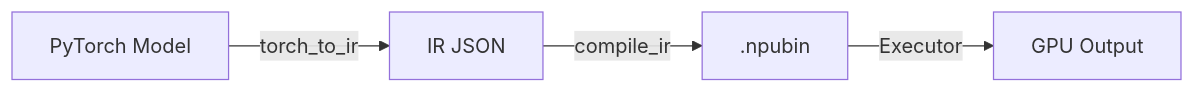
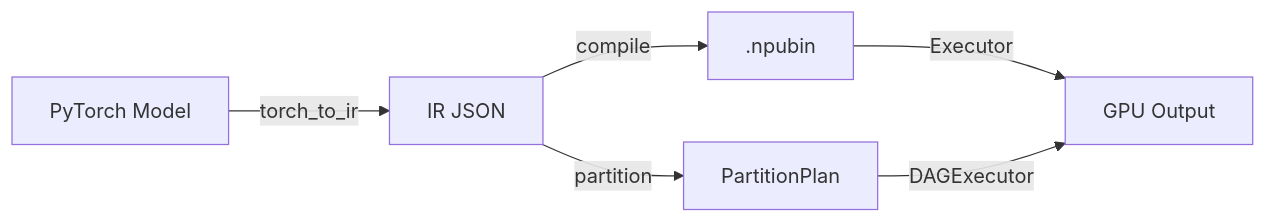
The diagram in docs/usage.md (sweetcocoa/pytorch-apple), drawn with Mermaid before and after one commit. The commit also changed other lines of this file and 15 other files, not shown here.

First line of the commit message:
Update docs for graph partitioning pipeline

````diff
--- a/docs/usage.md
+++ b/docs/usage.md
@@ -5,6 +5,8 @@
 ```mermaid
 graph LR
     A[PyTorch Model] -->|torch_to_ir| B[IR JSON]
-    B -->|compile_ir| C[.npubin]
+    B -->|compile| C[.npubin]
     C -->|Executor| D[GPU Output]
+    B -->|partition| E[PartitionPlan]
+    E -->|DAGExecutor| D
 ```
````
